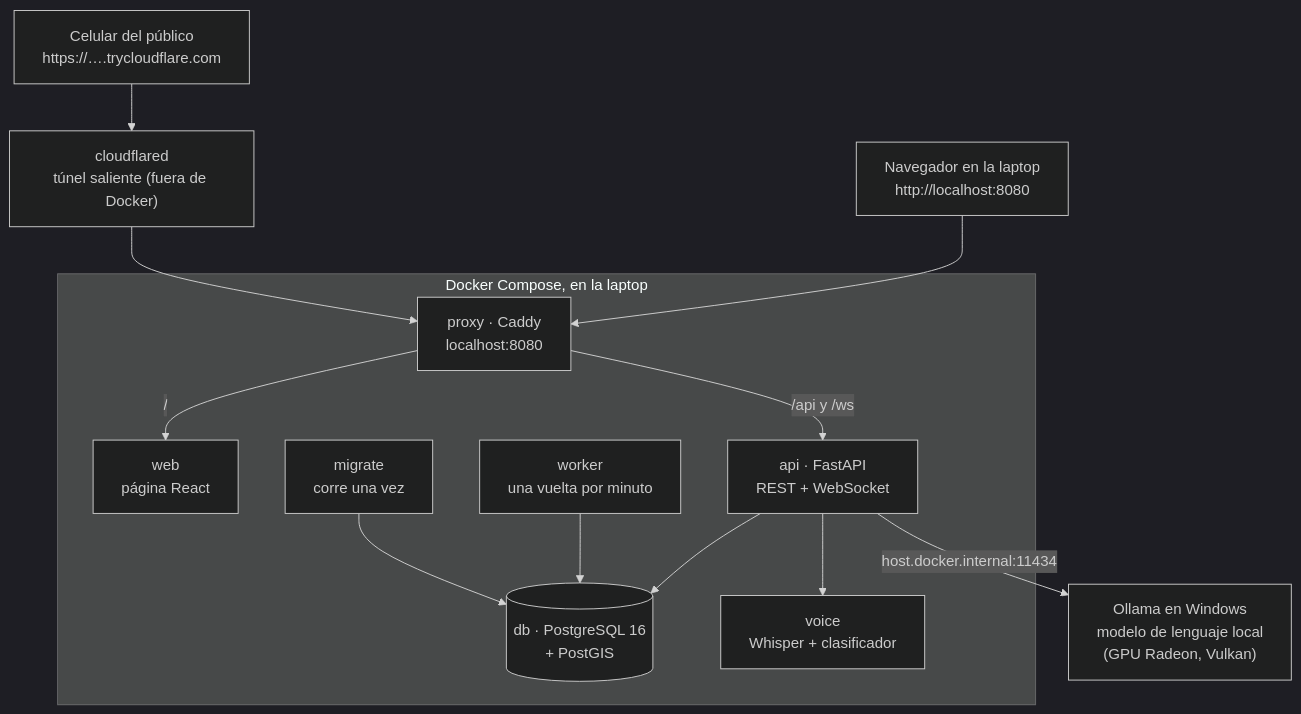
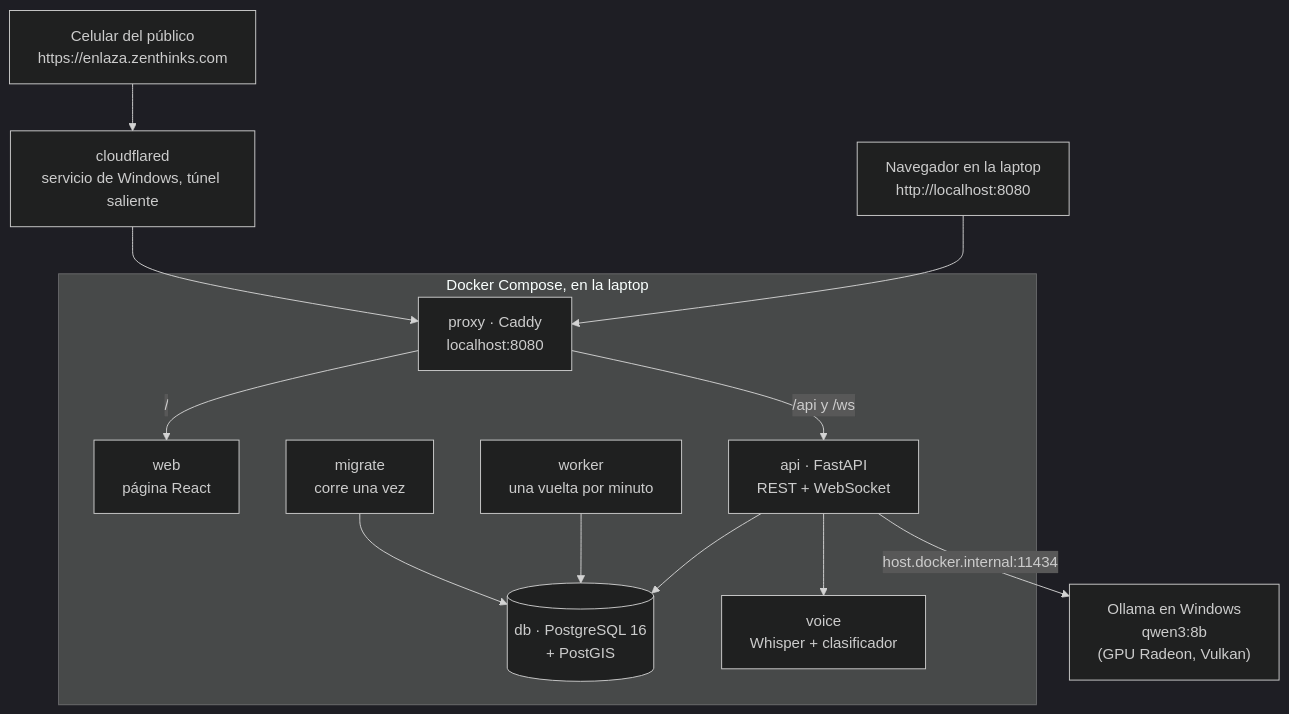
Before and after one commit to daviddzd/vela: the first of 3 diagrams in docs/biblia/parte1/03_arquitectura.md, drawn with Mermaid (dark theme). The commit also changed other lines of this file and 38 other files, not shown here.

Commit message:
Final adjustments to La biblia de Enlaza: team names from the local file, no per-subject roles, 4-day study plan, the three voice models with measurements, the public address and autostart, simulation and business wording aligned with the deck (#26)

````diff
--- a/docs/biblia/parte1/03_arquitectura.md
+++ b/docs/biblia/parte1/03_arquitectura.md
@@ -48,15 +50,15 @@
 ```mermaid
 flowchart TB
-  U1["Celular del público<br/>https://….trycloudflare.com"] --> CF["cloudflared<br/>túnel saliente (fuera de Docker)"]
+  U1["Celular del público<br/>https://enlaza.zenthinks.com"] --> CF["cloudflared<br/>servicio de Windows, túnel saliente"]
   L["Navegador en la laptop<br/>http://localhost:8080"] --> PX
   CF --> PX["proxy · Caddy<br/>localhost:8080"]
   subgraph Docker["Docker Compose, en la laptop"]
     PX -- "/" --> WEB["web<br/>página React"]
     PX -- "/api y /ws" --> API["api · FastAPI<br/>REST + WebSocket"]
     API --> DB[("db · PostgreSQL 16<br/>+ PostGIS")]
     WK["worker<br/>una vuelta por minuto"] --> DB
     MG["migrate<br/>corre una vez"] --> DB
     API --> VO["voice<br/>Whisper + clasificador"]
   end
-  API -- "host.docker.internal:11434" --> OL["Ollama en Windows<br/>modelo de lenguaje local<br/>(GPU Radeon, Vulkan)"]
+  API -- "host.docker.internal:11434" --> OL["Ollama en Windows<br/>qwen3:8b<br/>(GPU Radeon, Vulkan)"]
 ```
````
